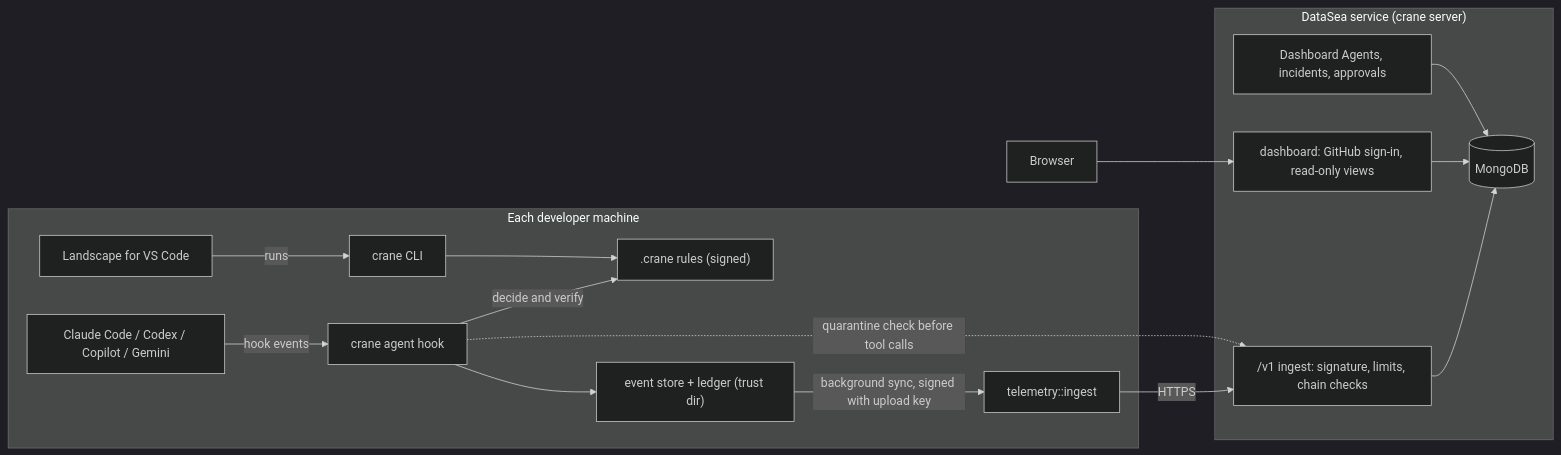
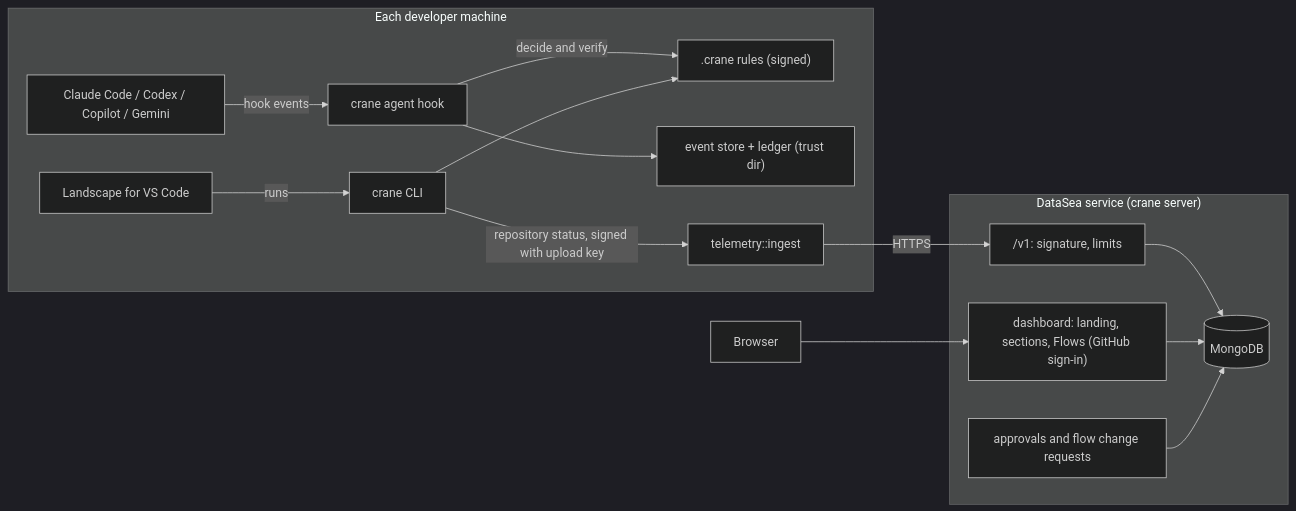
Before and after one commit to Landscape-Of-Agents/Landscape: the second of 5 diagrams in docs/architecture/overview.md, drawn with Mermaid (dark theme). The commit also changed other lines of this file and 38 other files, not shown here.

````diff
--- a/docs/architecture/overview.md
+++ b/docs/architecture/overview.md
@@ -411,19 +407,18 @@
 ```mermaid
 flowchart LR
   subgraph Dev["Each developer machine"]
     A["Claude Code / Codex / Copilot / Gemini"] -->|hook events| HK["crane agent hook"]
     HK -->|decide and verify| GOV[".crane rules (signed)"]
     HK --> EV["event store + ledger (trust dir)"]
     VS["Landscape for VS Code"] -->|runs| CLI["crane CLI"]
     CLI --> GOV
-    EV -->|"background sync, signed with upload key"| UP["telemetry::ingest"]
+    CLI -->|"repository status, signed with upload key"| UP["telemetry::ingest"]
   end
   UP -->|HTTPS| ING
   subgraph Cloud["DataSea service (crane server)"]
-    ING["/v1 ingest: signature, limits, chain checks"] --> DB[("MongoDB")]
-    DASH["dashboard: GitHub sign-in, read-only views"] --> DB
-    DA["Dashboard Agents, incidents, approvals"] --> DB
+    ING["/v1: signature, limits"] --> DB[("MongoDB")]
+    DASH["dashboard: landing, sections, Flows (GitHub sign-in)"] --> DB
+    AP["approvals and flow change requests"] --> DB
   end
   B["Browser"] --> DASH
-  HK -.->|"quarantine check before tool calls"| ING
 ```
````
